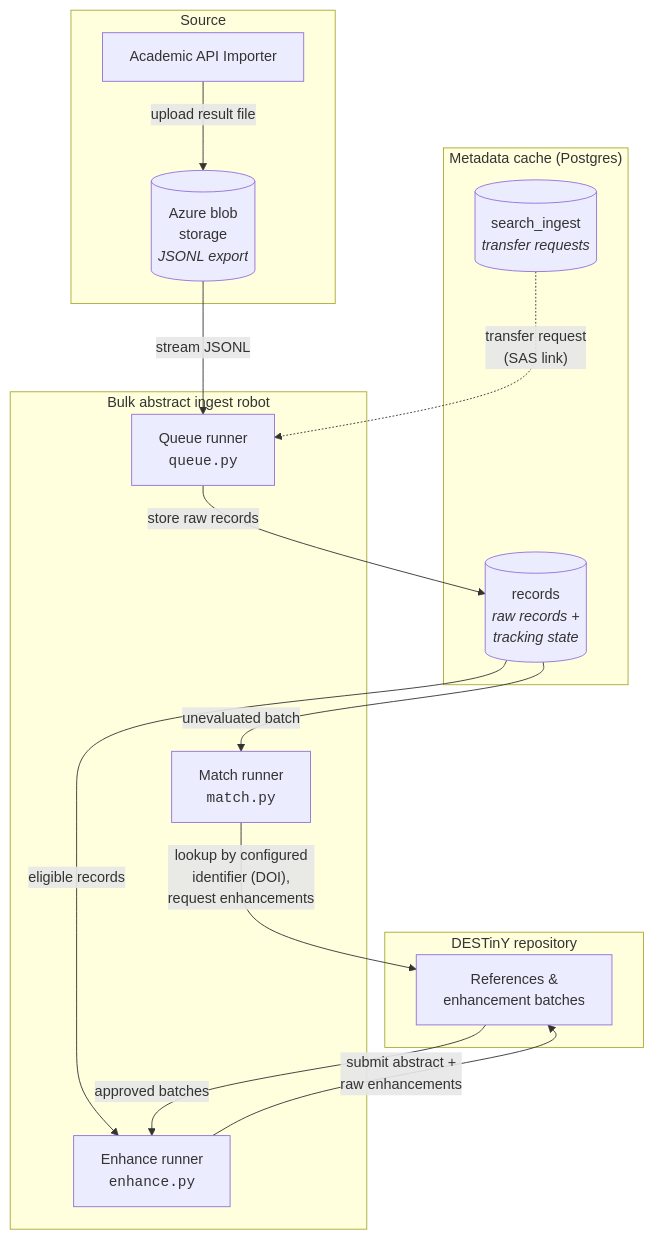
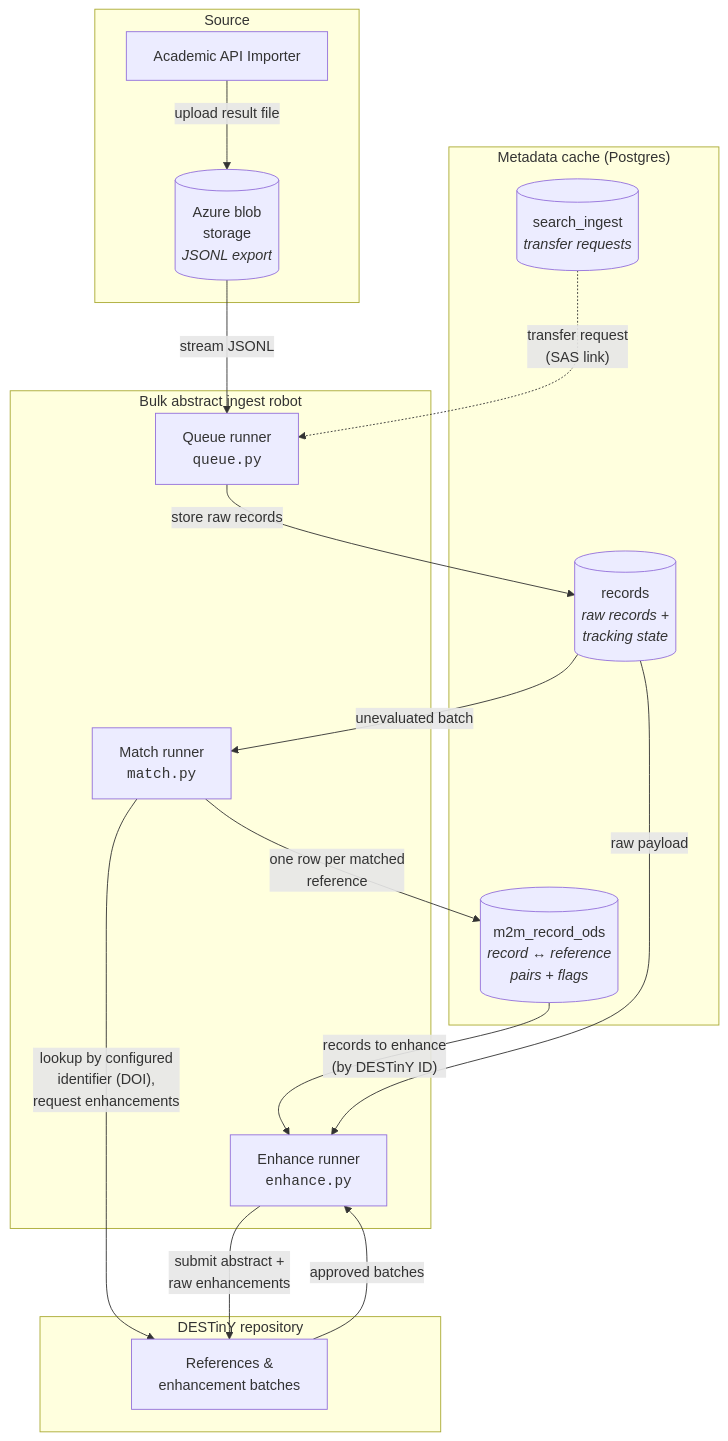
One commit to destiny-evidence/bulk-abstract-ingest-robot changed the diagram in docs/docs/index.md. Above: the diagram before and after it, drawn with Mermaid. The commit also changed other lines of this file and 18 other files, not shown here.

Commit message:
Add m2m tracking of multiple ODS IDs per record

````diff
--- a/docs/docs/index.md
+++ b/docs/docs/index.md
@@ -29,33 +29,36 @@
 ```mermaid
 flowchart TD
     subgraph source["Source"]
         API["Academic API Importer"]
         BLOB[("Azure blob<br/>storage<br/><i>JSONL export</i>")]
     end
 
     subgraph ods["DESTinY repository"]
         REPO["References &<br/>enhancement batches"]
     end
 
     subgraph cache["Metadata cache (Postgres)"]
         INGEST[("search_ingest<br/><i>transfer requests</i>")]
         RECORDS[("records<br/><i>raw records +<br/>tracking state</i>")]
+        MATCHES[("m2m_record_ods<br/><i>record ↔ reference<br/>pairs + flags</i>")]
     end
 
     subgraph robot["Bulk abstract ingest robot"]
         QUEUE["Queue runner<br/><code>queue.py</code>"]
         MATCH["Match runner<br/><code>match.py</code>"]
         ENHANCE["Enhance runner<br/><code>enhance.py</code>"]
     end
 
     API -->|"upload result file"| BLOB
     BLOB -->|"stream JSONL"| QUEUE
     INGEST -.->|"transfer request<br/>(SAS link)"| QUEUE
     QUEUE -->|"store raw records"| RECORDS
     RECORDS -->|"unevaluated batch"| MATCH
-    RECORDS -->|"eligible records"| ENHANCE
+    MATCH -->|"one row per matched<br/>reference"| MATCHES
+    MATCHES -->|"records to enhance<br/>(by DESTinY ID)"| ENHANCE
+    RECORDS -->|"raw payload"| ENHANCE
     %% MATCH -->|"log eligibility"| RECORDS
     MATCH -->|"lookup by configured<br/>identifier (DOI),<br/>request enhancements"| REPO
     REPO -->|"approved batches"| ENHANCE
     ENHANCE -->|"submit abstract +<br/>raw enhancements"| REPO
 ```
````
